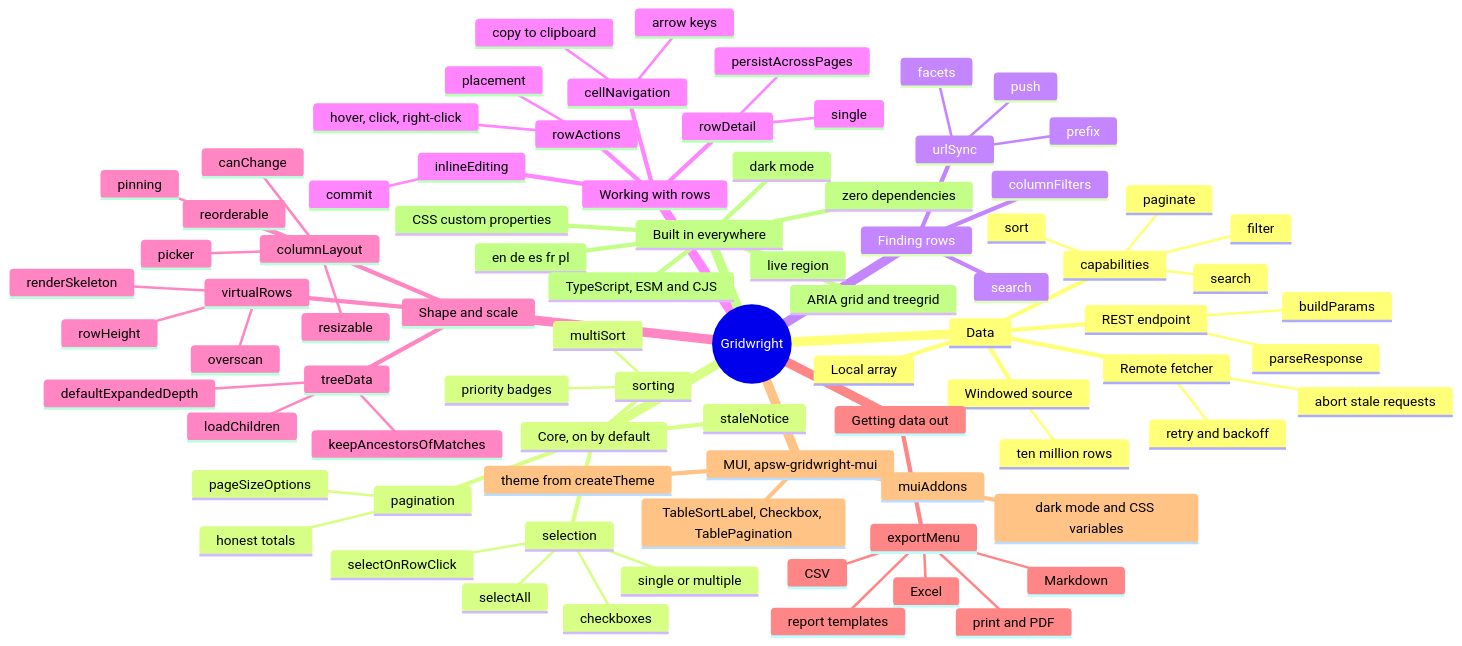
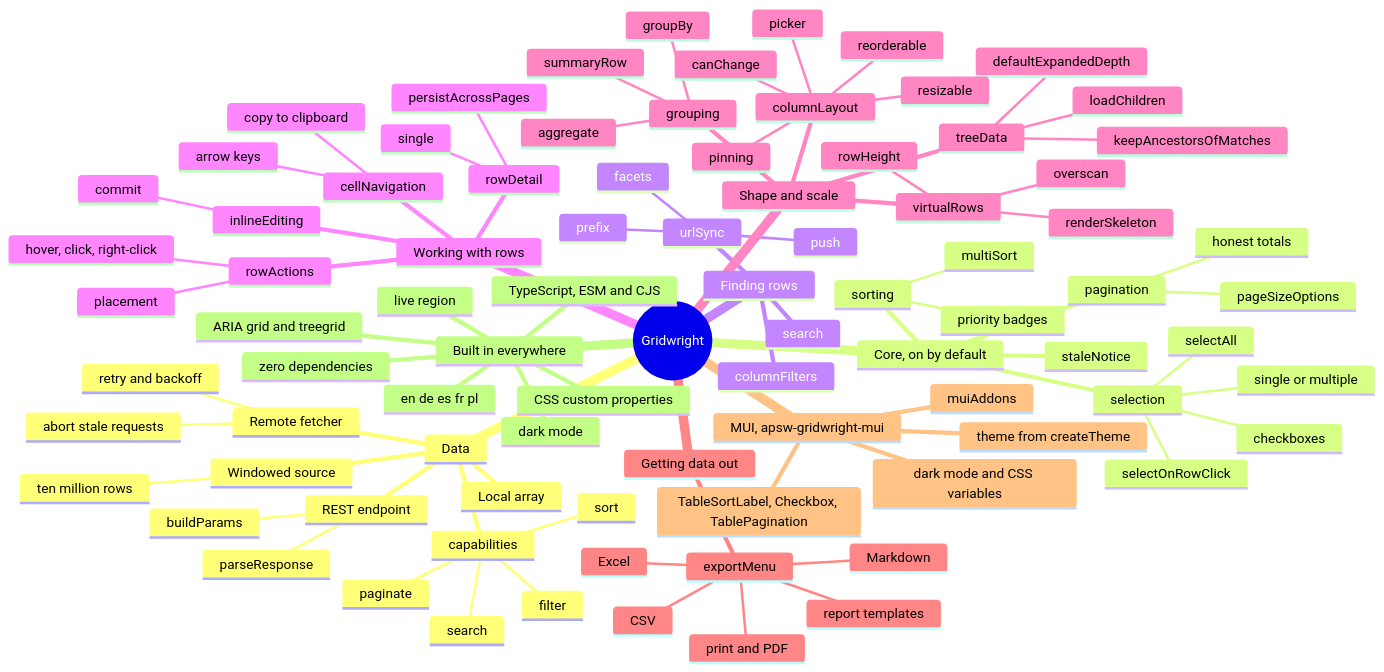
One commit to yaotzin1/apsw-gridwright changed the first of 2 diagrams in README.md. Above: the diagram before and after it, drawn with Mermaid. The commit also changed other lines of this file and 104 other files, not shown here.

```diff
--- a/README.md
+++ b/README.md
@@ -88,6 +88,10 @@
         loadChildren
         defaultExpandedDepth
         keepAncestorsOfMatches
+      grouping
+        groupBy
+        aggregate
+        summaryRow
       virtualRows
         rowHeight
         overscan
```
